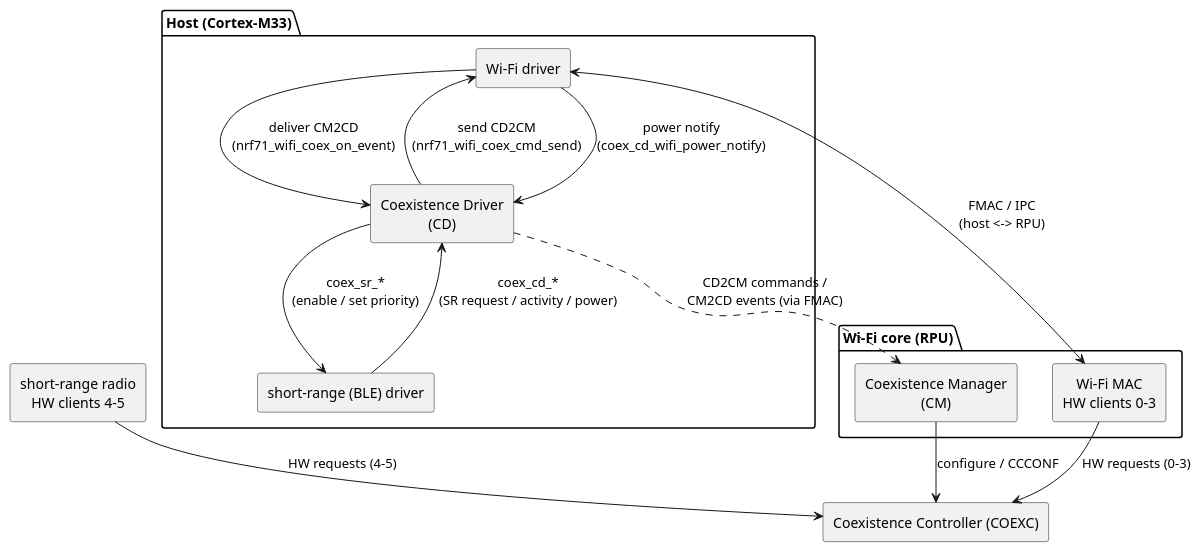
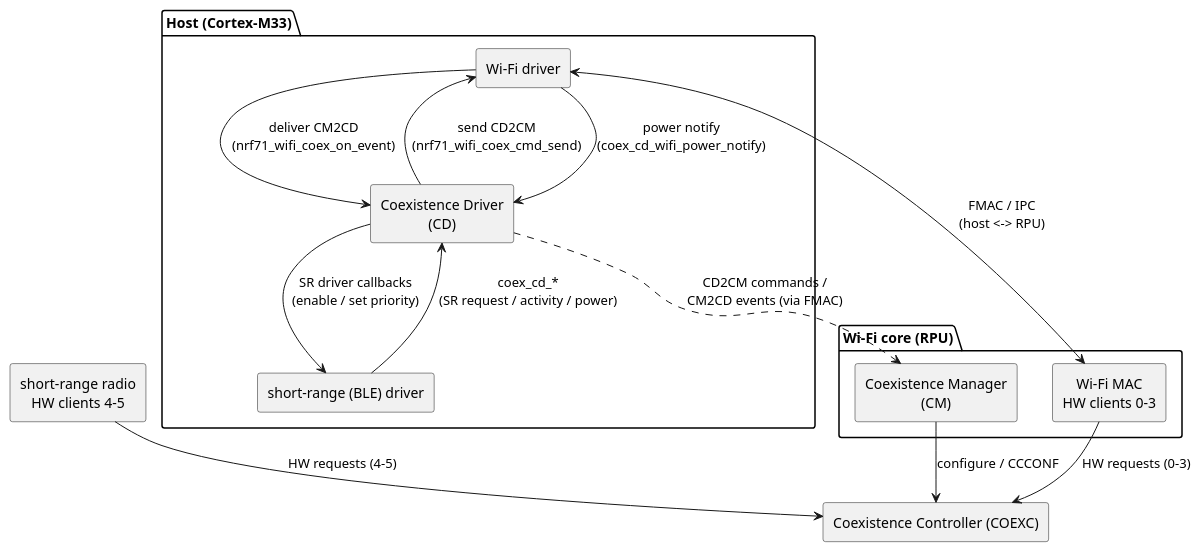
The diagram in doc/nrf/drivers/other_drivers/nrf71_sr_coex.rst (nrfconnect/sdk-nrf), drawn with PlantUML before and after one commit. The commit also changed other lines of this file, not shown here.

First line of the commit message:
doc: nrf71_sr_coex: document SR driver callback registration

```diff
--- a/doc/nrf/drivers/other_drivers/nrf71_sr_coex.rst
+++ b/doc/nrf/drivers/other_drivers/nrf71_sr_coex.rst
@@ -34,32 +34,32 @@
 .. uml::
 
    @startuml
    skinparam componentStyle rectangle
    skinparam shadowing false
    skinparam defaultTextAlignment center
 
    package "Host (Cortex-M33)" {
      [Wi-Fi driver] as WIFID
      [Coexistence Driver\n(CD)] as CD
      [short-range (BLE) driver] as SRD
    }
 
    package "Wi-Fi core (RPU)" {
      [Wi-Fi MAC\nHW clients 0-3] as MAC
      [Coexistence Manager\n(CM)] as CM
    }
 
    [short-range radio\nHW clients 4-5] as SRR
    [Coexistence Controller (COEXC)] as COEXC
 
    WIFID --> CD : power notify\n(coex_cd_wifi_power_notify)
    SRD --> CD : coex_cd_*\n(SR request / activity / power)
-   CD --> SRD : coex_sr_*\n(enable / set priority)
+   CD --> SRD : SR driver callbacks\n(enable / set priority)
    CD --> WIFID : send CD2CM\n(nrf71_wifi_coex_cmd_send)
    WIFID --> CD : deliver CM2CD\n(nrf71_wifi_coex_on_event)
    WIFID <--> MAC : FMAC / IPC\n(host <-> RPU)
    CD ..> CM : CD2CM commands /\nCM2CD events (via FMAC)
    CM --> COEXC : configure / CCCONF
    MAC --> COEXC : HW requests (0-3)
    SRR --> COEXC : HW requests (4-5)
    @enduml
```
